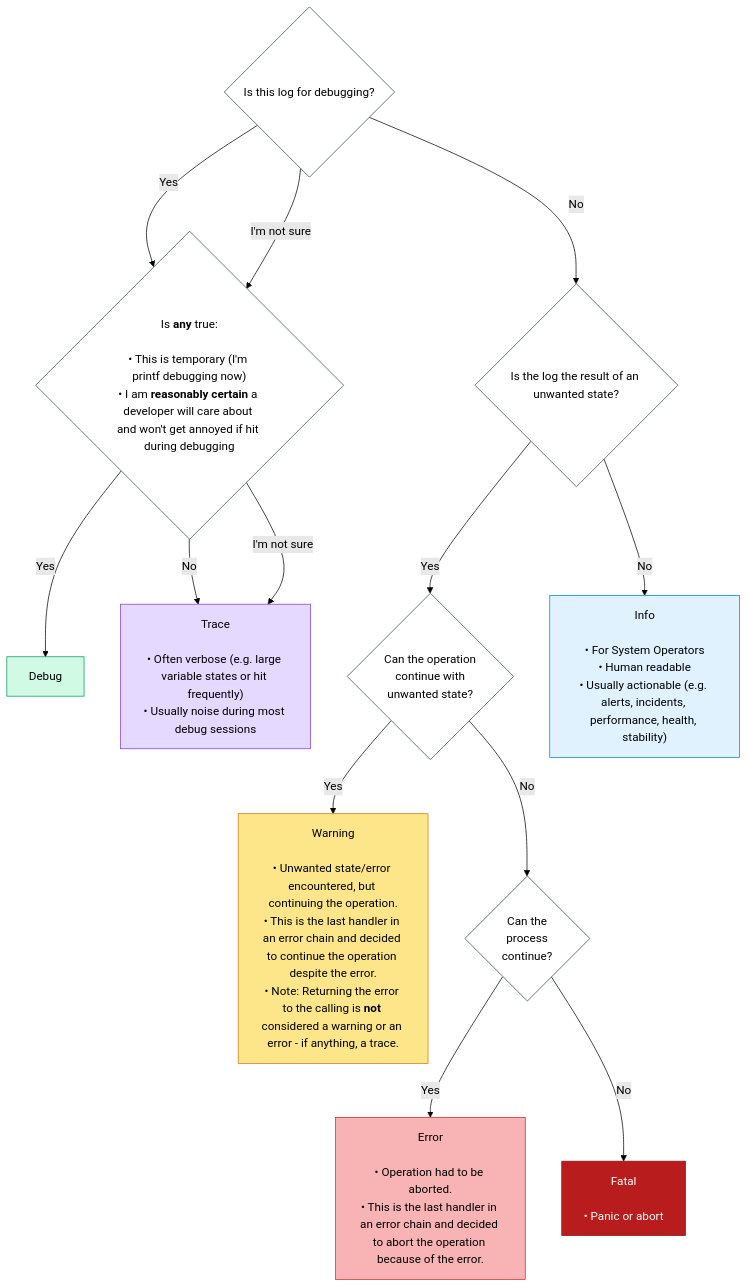
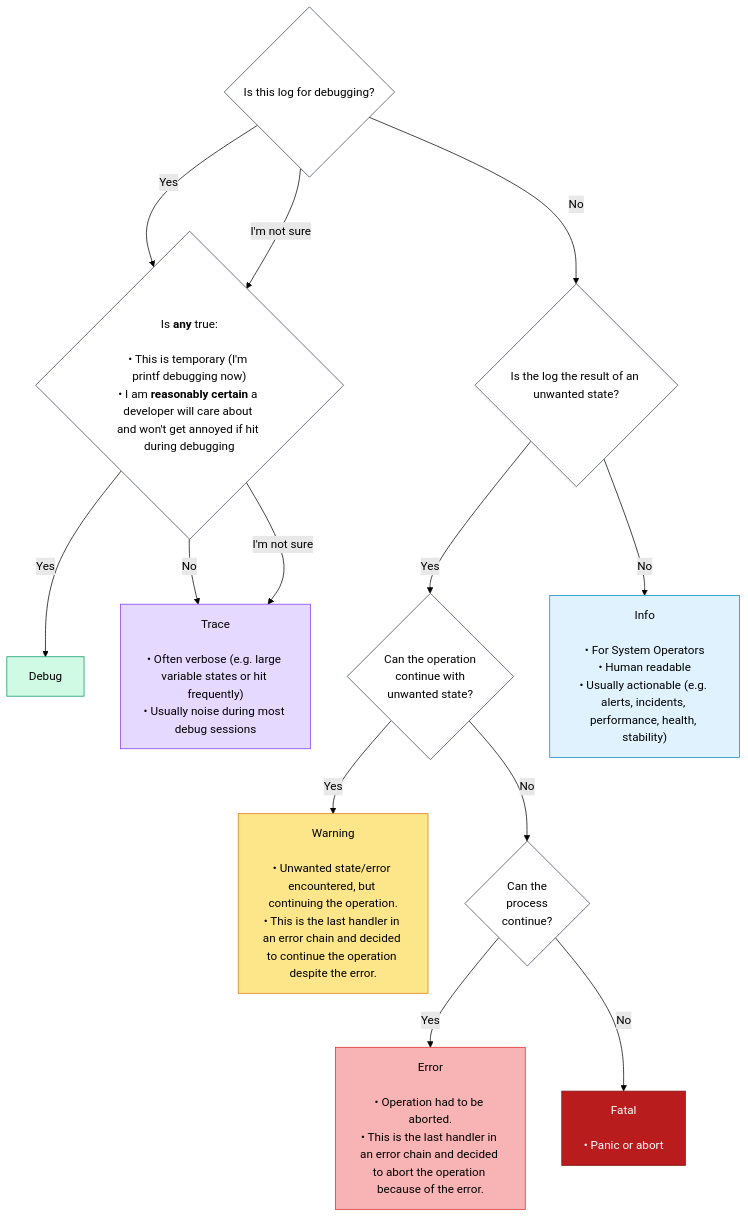
Before and after one commit to mcmah309/err_trail: the diagram in README.md, drawn with Mermaid (forest theme). The commit also changed other lines of this file, not shown here.

Commit message:
Move note outside graph in README

````diff
--- a/README.md
+++ b/README.md
@@ -68,45 +68,45 @@
 ```mermaid
 flowchart TD
     Start{Is this log for debugging?}
 
     Start -->|Yes| SessionType
     Start -->|No| UnwantedState
     Start -->|I'm not sure| SessionType
     SessionType --> |Yes| Debug
     SessionType --> |No| Trace
     SessionType -->|I'm not sure| Trace
     UnwantedState -->|Yes| ProcessContinue
     UnwantedState -->|No| Info    
     ProcessContinue -->|Yes| Warning
     ProcessContinue -->|No| AppContinue 
     AppContinue -->|Yes| Error
     AppContinue -->|No| Fatal
 
     UnwantedState{Is the log the result of an unwanted state?}
     SessionType{"Is <b>any</b> true:<br/><br/>• This is temporary (I'm printf debugging now)<br/>• I am <b>reasonably certain</b> a developer will care about and won't get annoyed if hit during debugging"}
     ProcessContinue{Can the operation<br/>continue with<br/>unwanted state?}
     AppContinue{Can the<br/>process<br/>continue?}
     
     classDef normal fill:#ffffff,stroke:#374151,color:#000;
     classDef trace  fill:#e6d9ff,stroke:#7c3aed,color:#000;
     classDef debug  fill:#d1fae5,stroke:#059669,color:#000;
     classDef info   fill:#e0f2fe,stroke:#0284c7,color:#000;
     classDef warning fill:#fde68a,stroke:#d97706,color:#000;
     classDef error  fill:#f8b4b4,stroke:#dc2626,color:#000;
     classDef fatal  fill:#b91c1c,stroke:#7f1d1d,color:#fff;
 
     class Start,SessionType,UnwantedState,ProcessContinue,AppContinue normal;
     class Trace trace;
     class Debug debug;
     class Info info;
     class Warning warning;
     class Error error;
     class Fatal fatal;
 
     Trace["Trace<br/><br/>• Often verbose (e.g. large variable states or hit frequently)<br/>• Usually noise during most debug sessions"]
     Debug[Debug]
     Info["Info<br/><br/>• For System Operators<br/>• Human readable<br/>• Usually actionable (e.g. alerts, incidents, performance, health, stability)"]
-    Warning["Warning<br/><br/>• Unwanted state/error encountered, but continuing the operation.<br/>• This is the last handler in an error chain and decided to continue the operation despite the error.<br/>• Note: Returning the error to the calling is <b>not</b> considered a warning or an error - if anything, a trace."]
+    Warning["Warning<br/><br/>• Unwanted state/error encountered, but continuing the operation.<br/>• This is the last handler in an error chain and decided to continue the operation despite the error."]
     Error["Error<br/><br/>• Operation had to be aborted.<br/>• This is the last handler in an error chain and decided to abort the operation because of the error."]
     Fatal[Fatal<br/><br/>• Panic or abort]
 ```
````
